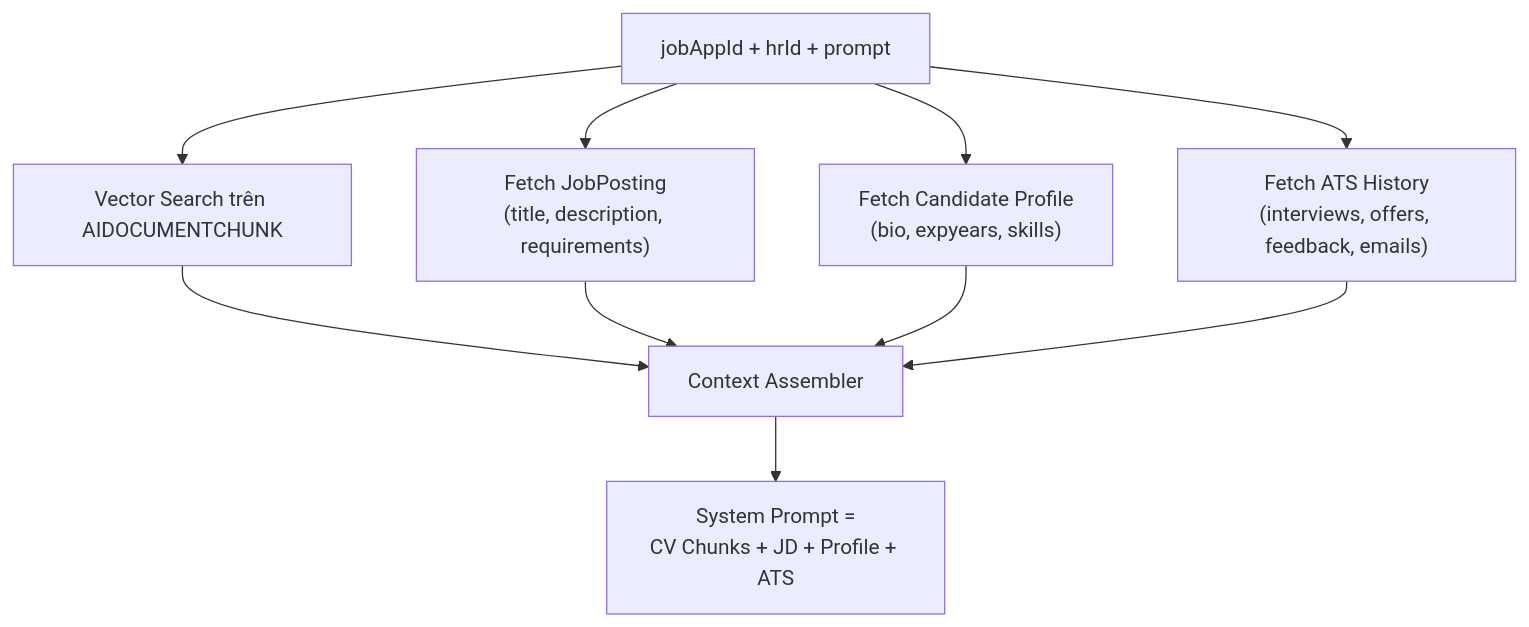
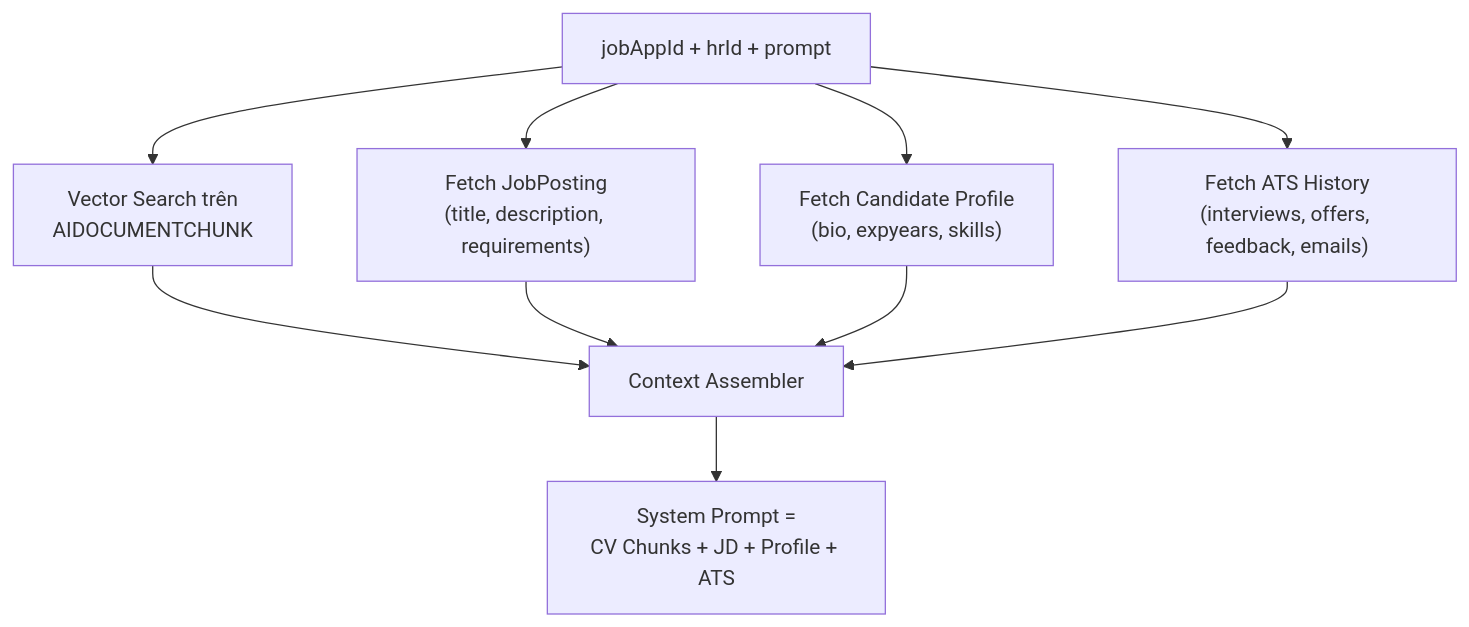
Before and after one commit to PTIT-TTCS-Team-5/Fang: the second of 3 diagrams in docs/rag_query_strategy.md, drawn with Mermaid. The commit also changed 3 other files, not shown here.

````diff
--- a/docs/rag_query_strategy.md
+++ b/docs/rag_query_strategy.md
@@ -182,14 +182,14 @@
 ```mermaid
 flowchart TD
-    A[jobAppId + hrId + prompt] --> B[Vector Search trên AIDOCUMENTCHUNK]
+    A[jobAppId + hrId + prompt] --> B[Vector Search trên<br/> AIDOCUMENTCHUNK]
     A --> C["Fetch JobPosting\n(title, description, requirements)"]
     A --> D["Fetch Candidate Profile\n(bio, expyears, skills)"]
     A --> E["Fetch ATS History\n(interviews, offers, feedback, emails)"]
 
     B --> F[Context Assembler]
     C --> F
     D --> F
     E --> F
 
     F --> G["System Prompt =\nCV Chunks + JD + Profile + ATS"]
 ```
````
